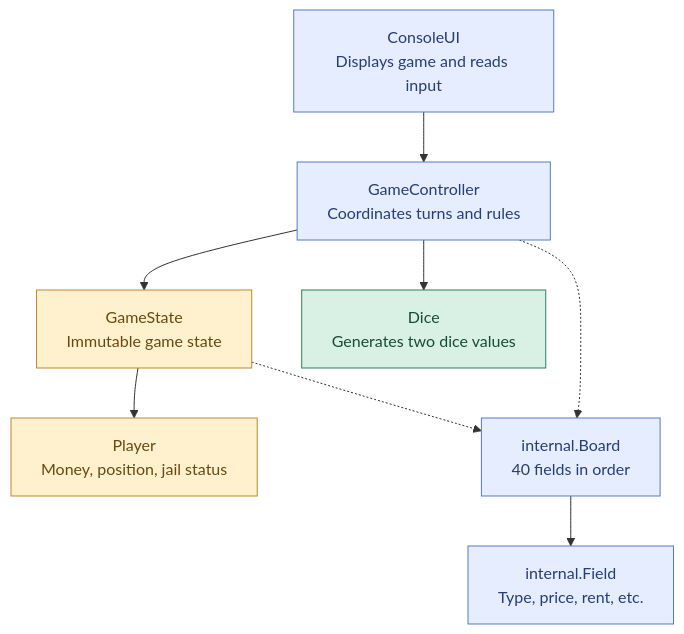
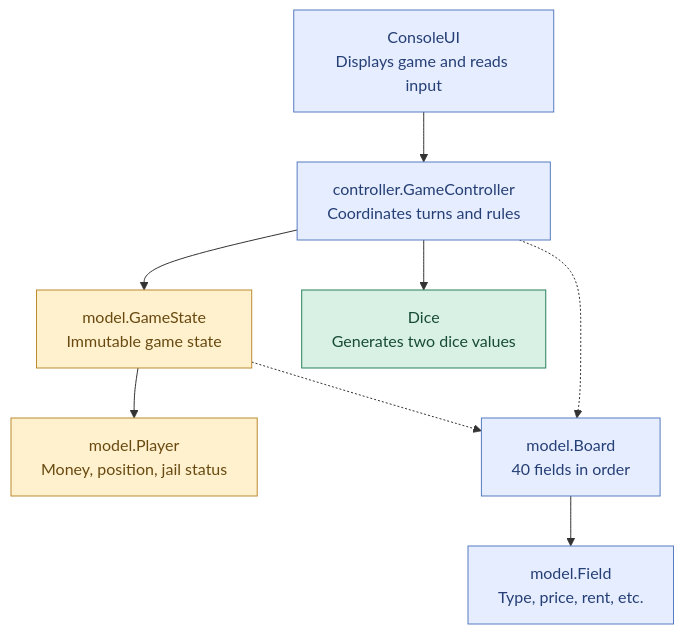
One commit to ve1lchen/project-monopoly changed the first of 2 diagrams in ARCHITECTURE.md. Above: the diagram before and after it, drawn with Mermaid. The commit also changed other lines of this file and 15 other files, not shown here.

````diff
--- a/ARCHITECTURE.md
+++ b/ARCHITECTURE.md
@@ -6,26 +6,26 @@
 ```mermaid
 flowchart TD
     UI["ConsoleUI<br/>Displays game and reads input"]
-    GC["GameController<br/>Coordinates turns and rules"]
-    GS["GameState<br/>Immutable game state"]
+    GC["controller.GameController<br/>Coordinates turns and rules"]
+    GS["model.GameState<br/>Immutable game state"]
     D["Dice<br/>Generates two dice values"]
-    P["Player<br/>Money, position, jail status"]
-    B["internal.Board<br/>40 fields in order"]
-    F["internal.Field<br/>Type, price, rent, etc."]
+    P["model.Player<br/>Money, position, jail status"]
+    B["model.Board<br/>40 fields in order"]
+    F["model.Field<br/>Type, price, rent, etc."]
 
     UI --> GC
     GC --> D
     GC --> GS
     GS --> P
     GS -.-> B
     B --> F
     GC -.-> B
 
     classDef existing fill:#d9f1e5,stroke:#28805b,color:#174b35
     classDef planned fill:#e5edff,stroke:#577cc0,color:#263f75
     classDef partial fill:#fff0ce,stroke:#bd8b30,color:#684a10
 
     class D existing
     class P,GS partial
     class UI,GC,B,F planned
 ```
````
